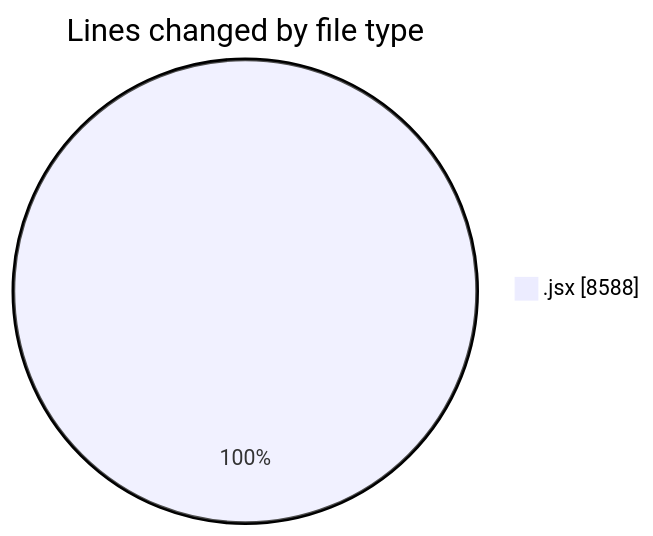
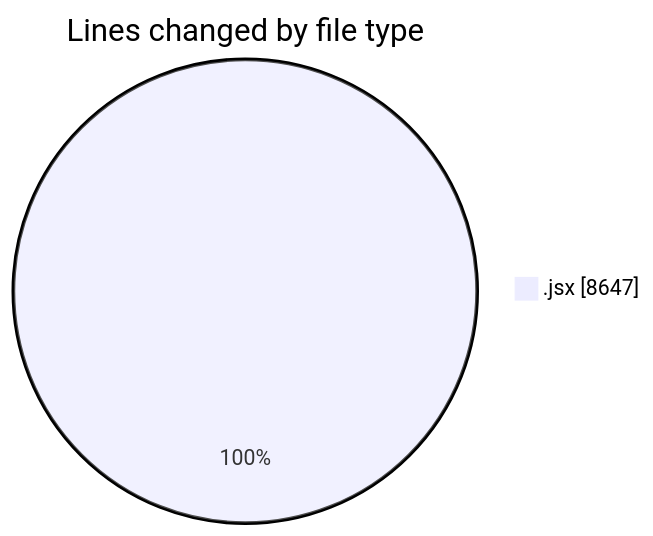
One commit to nxtqubesakshisongat/code-tracking changed the first of 2 diagrams in 2025-09-09/nxtqube_webapp/README.md. Above: the diagram before and after it, drawn with Mermaid. The commit also changed other lines of this file and 1 other file, not shown here.

````diff
--- a/2025-09-09/nxtqube_webapp/README.md
+++ b/2025-09-09/nxtqube_webapp/README.md
@@ -23,5 +23,5 @@
 ```mermaid
 pie showData
 title Lines changed by file type
-".jsx" : 8588
+".jsx" : 8647
 ```
````
